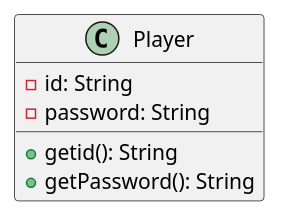
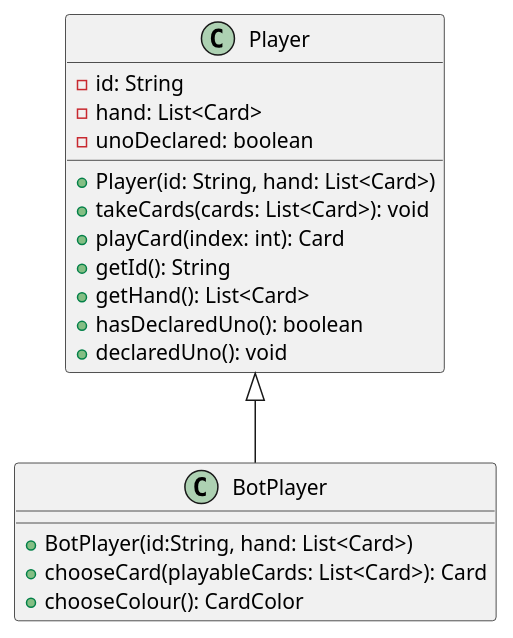
One commit to CL0628/team-project changed the diagram in diagrams/player.puml. Above: the diagram before and after it, drawn with PlantUML. The commit also changed 4 other files, not shown here.

Commit message:
Add Player and BotPlayer entities.

```diff
--- a/diagrams/player.puml
+++ b/diagrams/player.puml
@@ -1,9 +1,22 @@
 @startuml
 class Player {
     - id: String
-    - password: String
+    - hand: List<Card>
+    - unoDeclared: boolean
 
-    + getid(): String
-    + getPassword(): String
+    + Player(id: String, hand: List<Card>)
+    + takeCards(cards: List<Card>): void
+    + playCard(index: int): Card
+    + getId(): String
+    + getHand(): List<Card>
+    + hasDeclaredUno(): boolean
+    + declaredUno(): void
 }
+class BotPlayer {
+    + BotPlayer(id:String, hand: List<Card>)
+    + chooseCard(playableCards: List<Card>): Card
+    + chooseColour(): CardColor
+}
+
+Player <|-- BotPlayer
 @enduml
```
